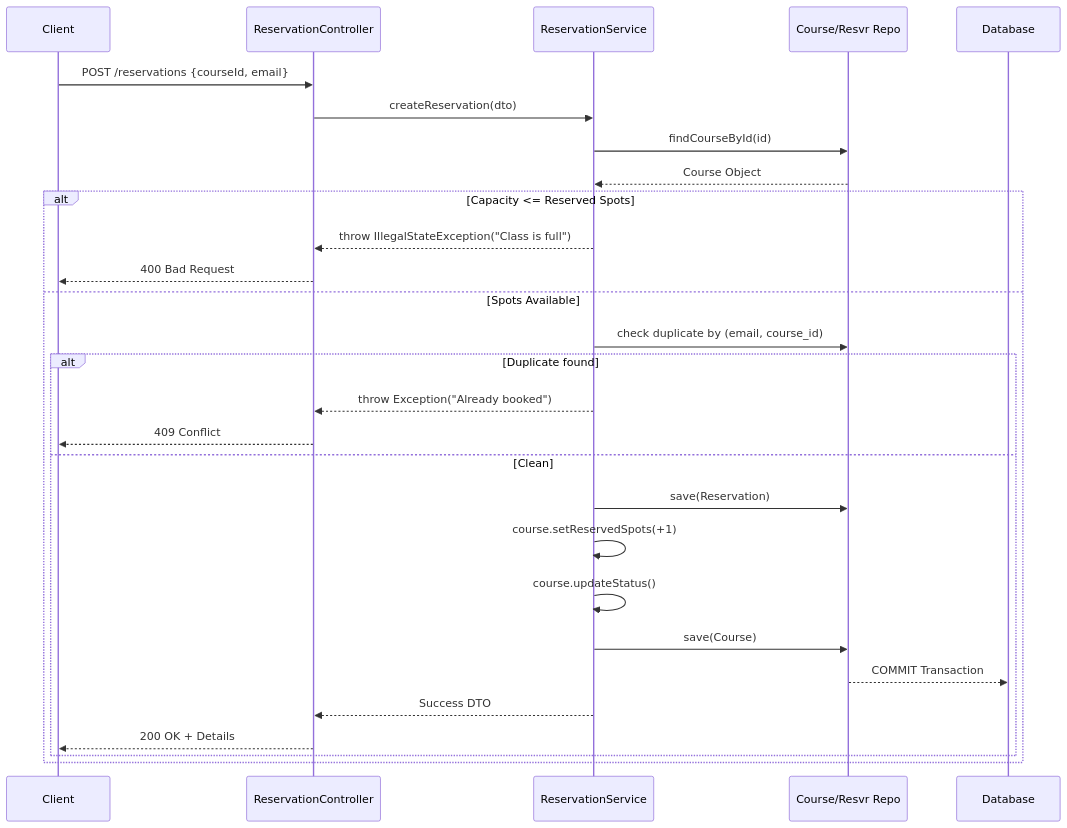
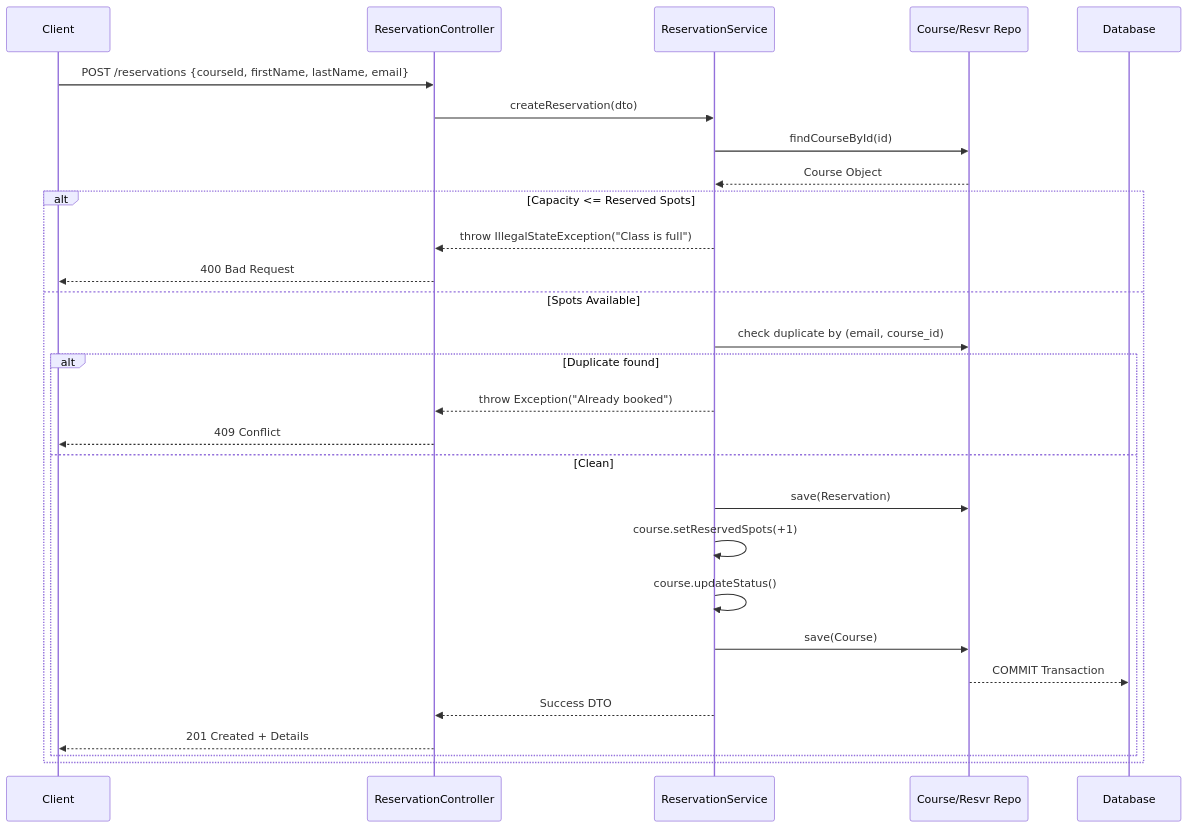
The third of 3 diagrams in Docs/Back_end.md (IMENO07/souplesse-pilate), drawn with Mermaid before and after one commit. The commit also changed other lines of this file and 5 other files, not shown here.

First line of the commit message:
docs: fully rewrite all specification documents to reflect current monolithic architecture

````diff
--- a/Docs/Back_end.md
+++ b/Docs/Back_end.md
@@ -150,33 +187,32 @@
 ```mermaid
 sequenceDiagram
     participant Client
     participant Ctrl as ReservationController
     participant Svc as ReservationService
     participant Repo as Course/Resvr Repo
     participant DB as Database
     
-    Client->>Ctrl: POST /reservations {courseId, email}
+    Client->>Ctrl: POST /reservations {courseId, firstName, lastName, email}
     Ctrl->>Svc: createReservation(dto)
     Svc->>Repo: findCourseById(id)
     Repo-->>Svc: Course Object
     
-    %% Capacity Check Logic
     alt Capacity <= Reserved Spots
         Svc-->>Ctrl: throw IllegalStateException("Class is full")
         Ctrl-->>Client: 400 Bad Request
     else Spots Available
         Svc->>Repo: check duplicate by (email, course_id)
         alt Duplicate found
             Svc-->>Ctrl: throw Exception("Already booked")
             Ctrl-->>Client: 409 Conflict
         else Clean
             Svc->>Repo: save(Reservation)
             Svc->>Svc: course.setReservedSpots(+1)
             Svc->>Svc: course.updateStatus()
             Svc->>Repo: save(Course)
             Repo-->>DB: COMMIT Transaction
             Svc-->>Ctrl: Success DTO
-            Ctrl-->>Client: 200 OK + Details
+            Ctrl-->>Client: 201 Created + Details
         end
     end
 ```
````
